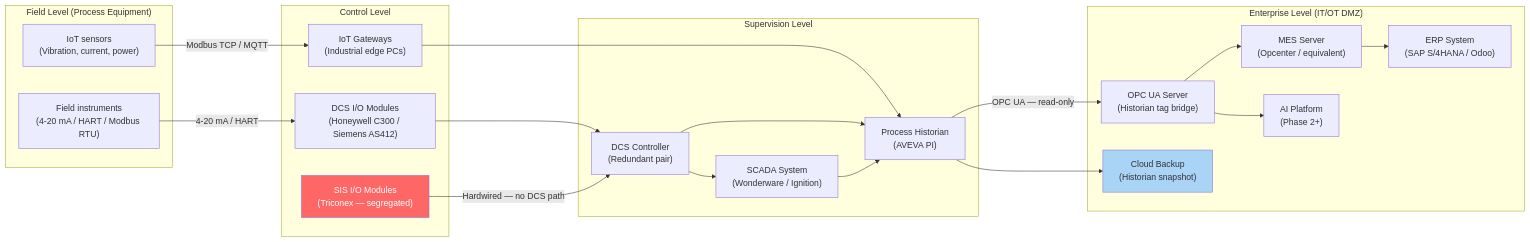
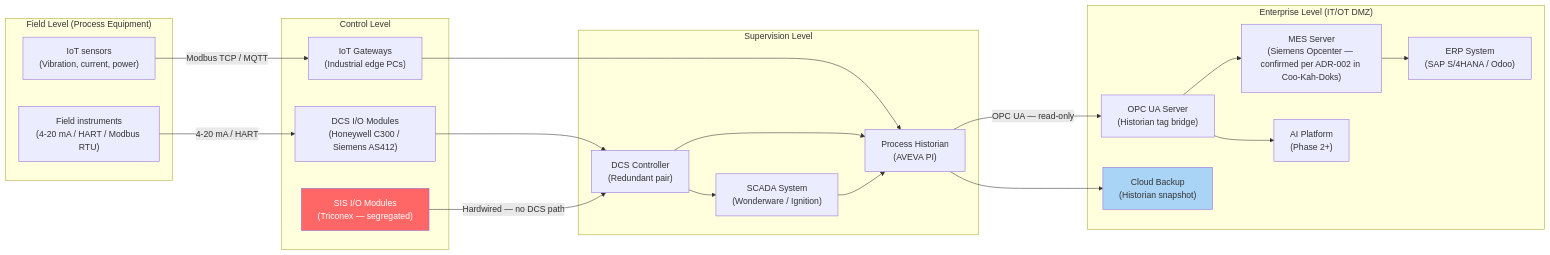
The second of 2 diagrams in docs/digital-twin.md (oumar-code/coo-cah-factory-chemicals-plastics), drawn with Mermaid before and after one commit. The commit also changed other lines of this file, not shown here.

First line of the commit message:
docs: fix DT platform architecture reference (Gate 4 Item 1)

````diff
--- a/docs/digital-twin.md
+++ b/docs/digital-twin.md
@@ -185,44 +185,44 @@
 ```mermaid
 graph LR
     subgraph "Field Level (Process Equipment)"
         FIELD_INST["Field instruments\n(4-20 mA / HART / Modbus RTU)"]
         IOT_DEV["IoT sensors\n(Vibration, current, power)"]
     end
 
     subgraph "Control Level"
         DCS_IO["DCS I/O Modules\n(Honeywell C300 / Siemens AS412)"]
         IOT_GW["IoT Gateways\n(Industrial edge PCs)"]
         SIS_IO["SIS I/O Modules\n(Triconex — segregated)"]
     end
 
     subgraph "Supervision Level"
         DCS_CTRL["DCS Controller\n(Redundant pair)"]
         SCADA["SCADA System\n(Wonderware / Ignition)"]
         HIST["Process Historian\n(AVEVA PI)"]
     end
 
     subgraph "Enterprise Level (IT/OT DMZ)"
         OPC_UA["OPC UA Server\n(Historian tag bridge)"]
-        MES_SRV["MES Server\n(Opcenter / equivalent)"]
+        MES_SRV["MES Server\n(Siemens Opcenter — confirmed per ADR-002 in Coo-Kah-Doks)"]
         ERP["ERP System\n(SAP S/4HANA / Odoo)"]
         AI_PLT["AI Platform\n(Phase 2+)"]
         CLOUD["Cloud Backup\n(Historian snapshot)"]
     end
 
     FIELD_INST -->|4-20 mA / HART| DCS_IO
     IOT_DEV -->|Modbus TCP / MQTT| IOT_GW
     DCS_IO --> DCS_CTRL
     IOT_GW --> HIST
     SIS_IO -->|Hardwired — no DCS path| DCS_CTRL
     DCS_CTRL --> SCADA
     DCS_CTRL --> HIST
     SCADA --> HIST
     HIST -->|OPC UA — read-only| OPC_UA
     OPC_UA --> MES_SRV
     OPC_UA --> AI_PLT
     MES_SRV --> ERP
     HIST --> CLOUD
 
     style SIS_IO fill:#ff6666,color:#fff
     style CLOUD fill:#aad4f5
 ```
````
